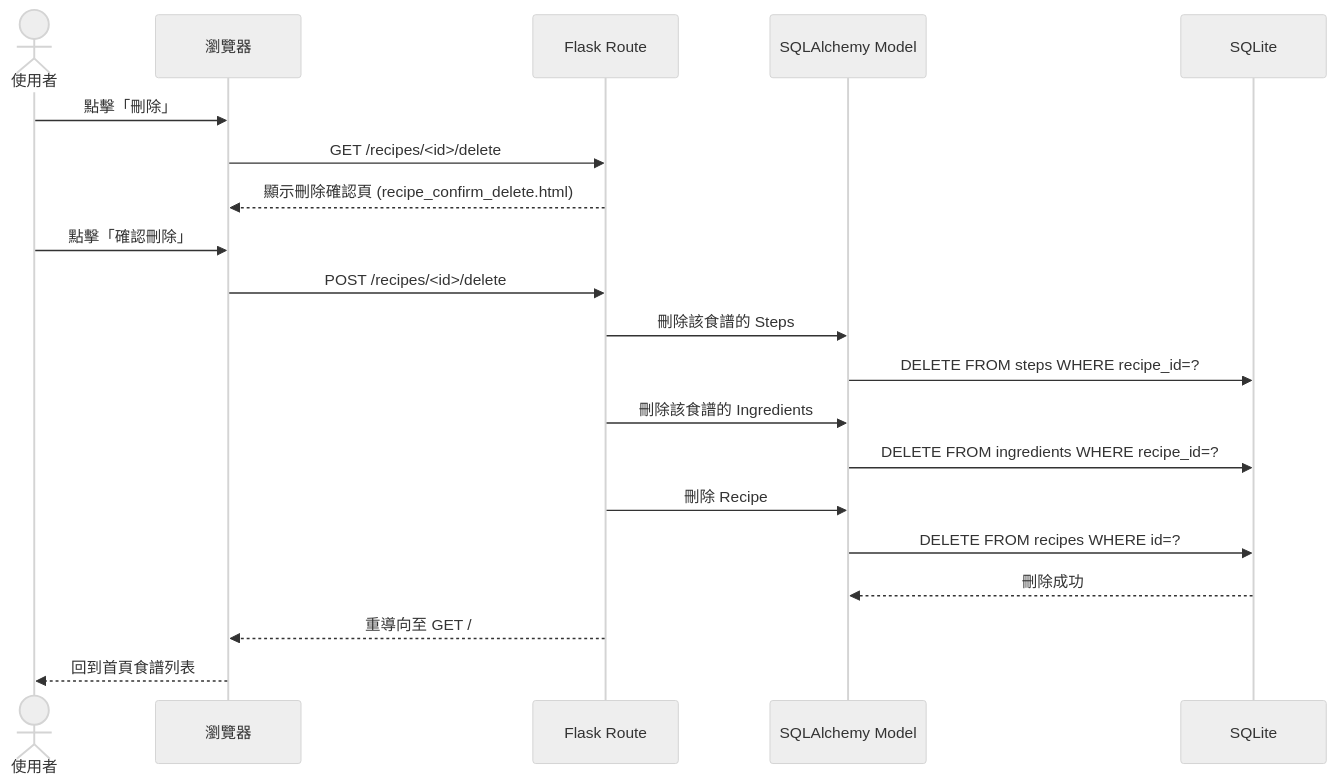
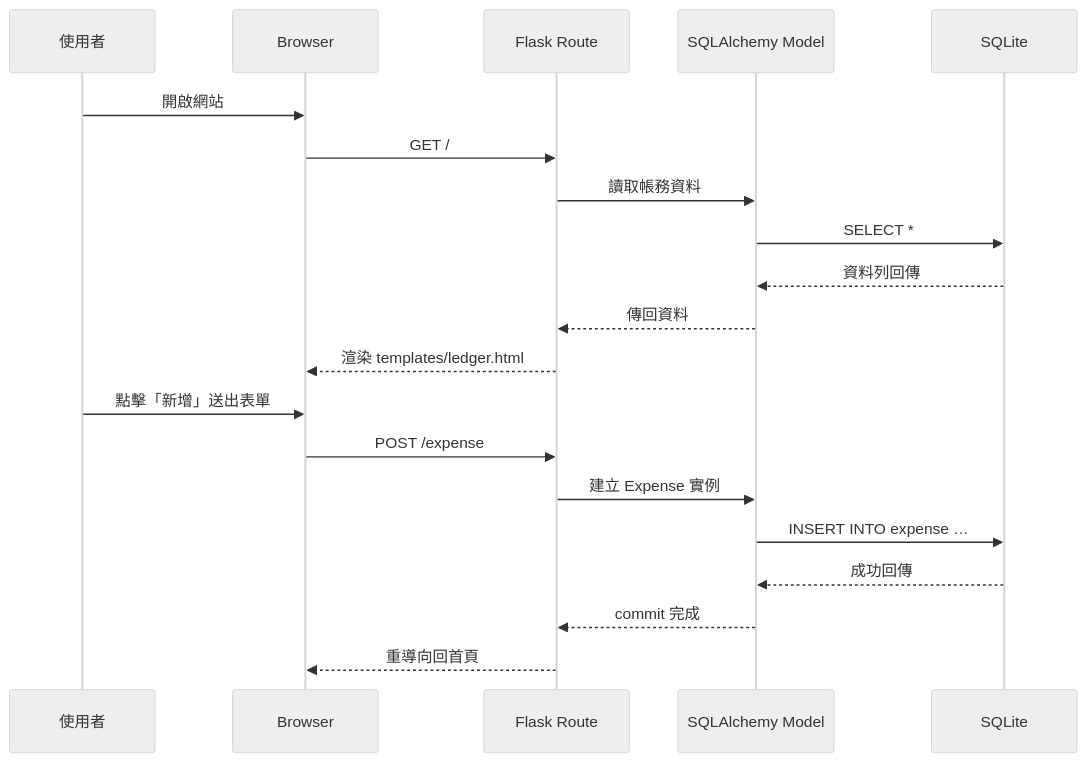
Before and after one commit to d1463704/web_app_development: the second of 2 diagrams in docs/FLOWCHART.md, drawn with Mermaid (neutral theme). The commit also changed other lines of this file and 2 other files, not shown here.

Commit message:
docs: add user flowchart

````diff
--- a/docs/FLOWCHART.md
+++ b/docs/FLOWCHART.md
@@ -109,24 +31,24 @@
 ```mermaid
 sequenceDiagram
-    actor User as 使用者
-    participant Browser as 瀏覽器
+    participant User as 使用者
+    participant Browser
     participant Flask as Flask Route
     participant Model as SQLAlchemy Model
     participant DB as SQLite
 
-    User->>Browser: 點擊「刪除」
-    Browser->>Flask: GET /recipes/<id>/delete
-    Flask-->>Browser: 顯示刪除確認頁 (recipe_confirm_delete.html)
+    User->>Browser: 開啟網站
+    Browser->>Flask: GET /
+    Flask->>Model: 讀取帳務資料
+    Model->>DB: SELECT *
+    DB-->>Model: 資料列回傳
+    Model-->>Flask: 傳回資料
+    Flask-->>Browser: 渲染 templates/ledger.html
 
-    User->>Browser: 點擊「確認刪除」
-    Browser->>Flask: POST /recipes/<id>/delete
-    Flask->>Model: 刪除該食譜的 Steps
-    Model->>DB: DELETE FROM steps WHERE recipe_id=?
-    Flask->>Model: 刪除該食譜的 Ingredients
-    Model->>DB: DELETE FROM ingredients WHERE recipe_id=?
-    Flask->>Model: 刪除 Recipe
-    Model->>DB: DELETE FROM recipes WHERE id=?
-    DB-->>Model: 刪除成功
-    Flask-->>Browser: 重導向至 GET /
-    Browser-->>User: 回到首頁食譜列表
+    User->>Browser: 點擊「新增」送出表單
+    Browser->>Flask: POST /expense
+    Flask->>Model: 建立 Expense 實例
+    Model->>DB: INSERT INTO expense …
+    DB-->>Model: 成功回傳
+    Model-->>Flask: commit 完成
+    Flask-->>Browser: 重導向回首頁
 ```
````
